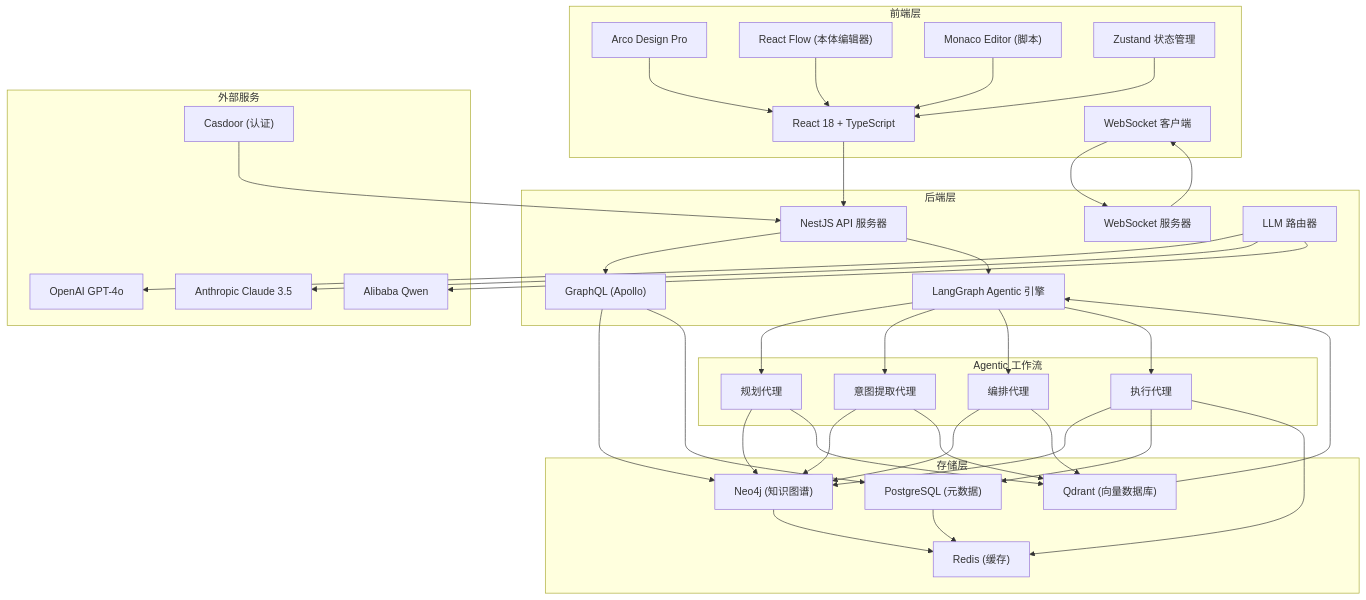
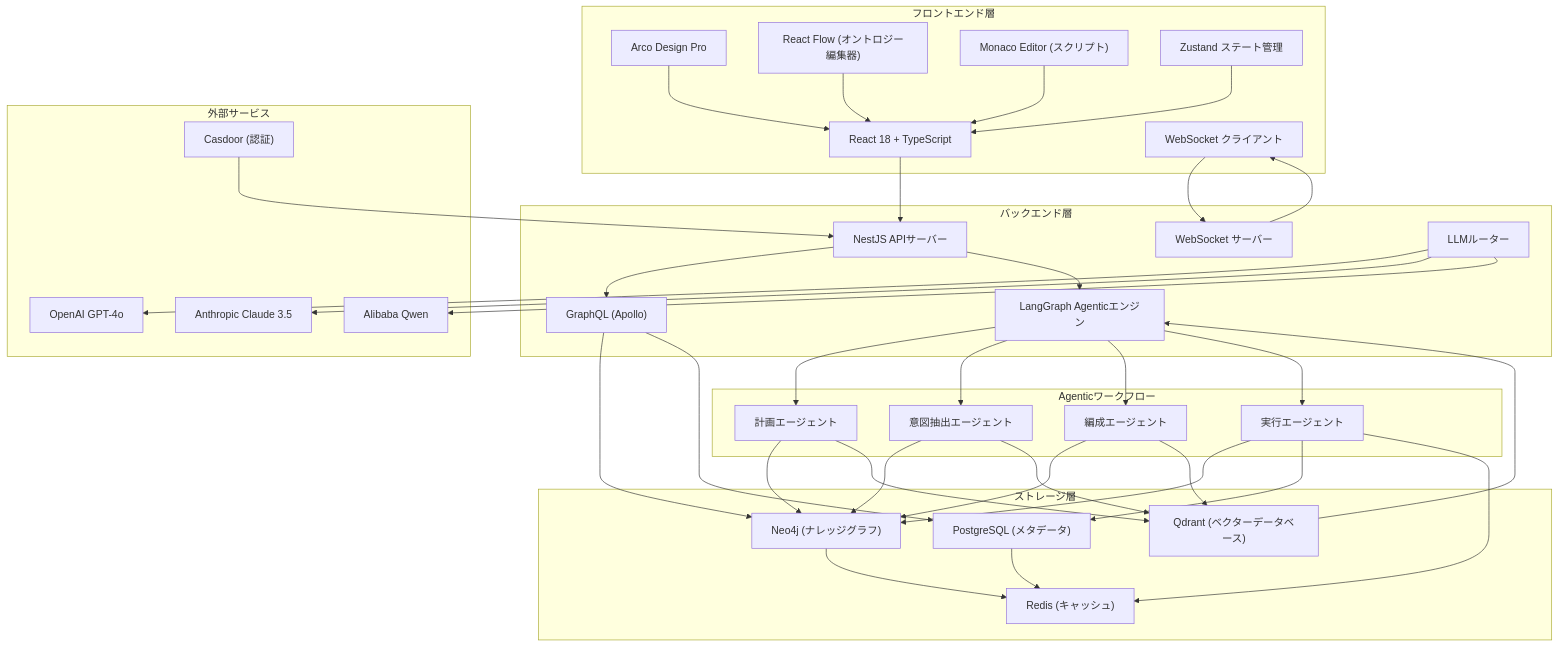
One commit to caowei8810/zcop changed the diagram in README.md. Above: the diagram before and after it, drawn with Mermaid. The commit also changed other lines of this file, not shown here.

````diff
--- a/README.md
+++ b/README.md
@@ -132,75 +132,75 @@
 ```mermaid
 graph TB
-    subgraph "前端层"
+    subgraph "フロントエンド層"
         A["React 18 + TypeScript"]
         B["Arco Design Pro"]
-        C["React Flow (本体编辑器)"]
-        D["Monaco Editor (脚本)"]
-        E["Zustand 状态管理"]
-        F["WebSocket 客户端"]
+        C["React Flow (オントロジー編集器)"]
+        D["Monaco Editor (スクリプト)"]
+        E["Zustand ステート管理"]
+        F["WebSocket クライアント"]
     end
 
-    subgraph "后端层"
-        G["NestJS API 服务器"]
+    subgraph "バックエンド層"
+        G["NestJS APIサーバー"]
         H["GraphQL (Apollo)"]
-        I["WebSocket 服务器"]
-        J["LangGraph Agentic 引擎"]
-        K["LLM 路由器"]
+        I["WebSocket サーバー"]
+        J["LangGraph Agenticエンジン"]
+        K["LLMルーター"]
     end
 
-    subgraph "存储层"
-        L["Neo4j (知识图谱)"]
-        M["PostgreSQL (元数据)"]
-        N["Redis (缓存)"]
-        O["Qdrant (向量数据库)"]
+    subgraph "ストレージ層"
+        L["Neo4j (ナレッジグラフ)"]
+        M["PostgreSQL (メタデータ)"]
+        N["Redis (キャッシュ)"]
+        O["Qdrant (ベクターデータベース)"]
     end
 
-    subgraph "外部服务"
+    subgraph "外部サービス"
         P["OpenAI GPT-4o"]
         Q["Anthropic Claude 3.5"]
         R["Alibaba Qwen"]
-        S["Casdoor (认证)"]
+        S["Casdoor (認証)"]
     end
 
-    subgraph "Agentic 工作流"
-        T["规划代理"]
-        U["意图提取代理"]
-        V["编排代理"]
-        W["执行代理"]
+    subgraph "Agenticワークフロー"
+        T["計画エージェント"]
+        U["意図抽出エージェント"]
+        V["編成エージェント"]
+        W["実行エージェント"]
     end
 
     A --> G
     B --> A
     C --> A
     D --> A
     E --> A
     F --> I
     
     G --> H
     G --> J
     H --> L
     H --> M
     I --> F
     J --> T
     J --> U
     J --> V
     J --> W
     K --> P
     K --> Q
     K --> R
     
     T --> L
     T --> O
     U --> L
     U --> O
     V --> L
     V --> O
     W --> L
     W --> M
     W --> N
 
     S --> G
     L --> N
     M --> N
     O --> J
 ```
````
